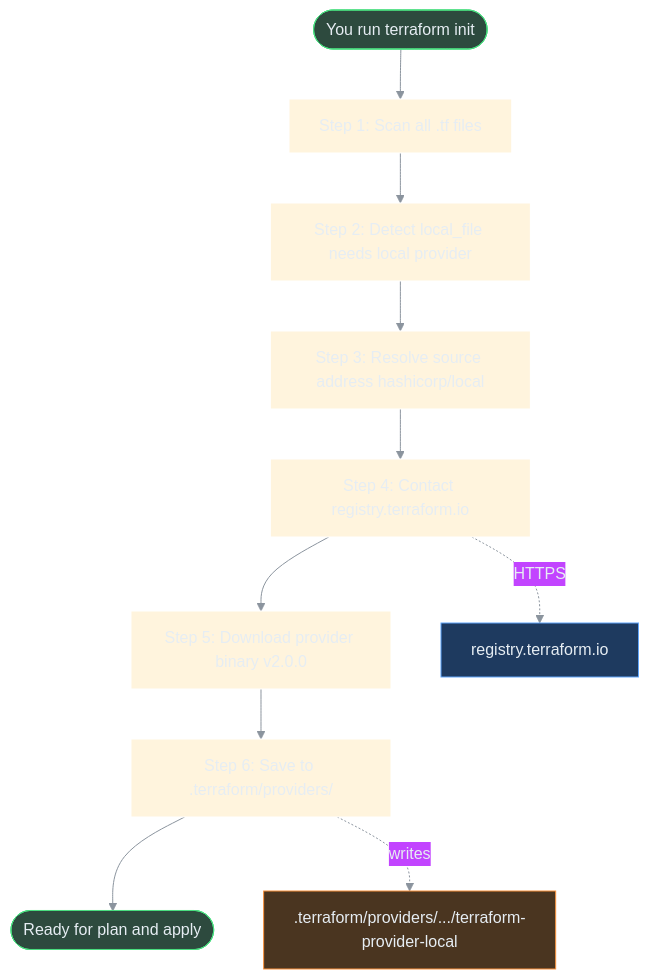
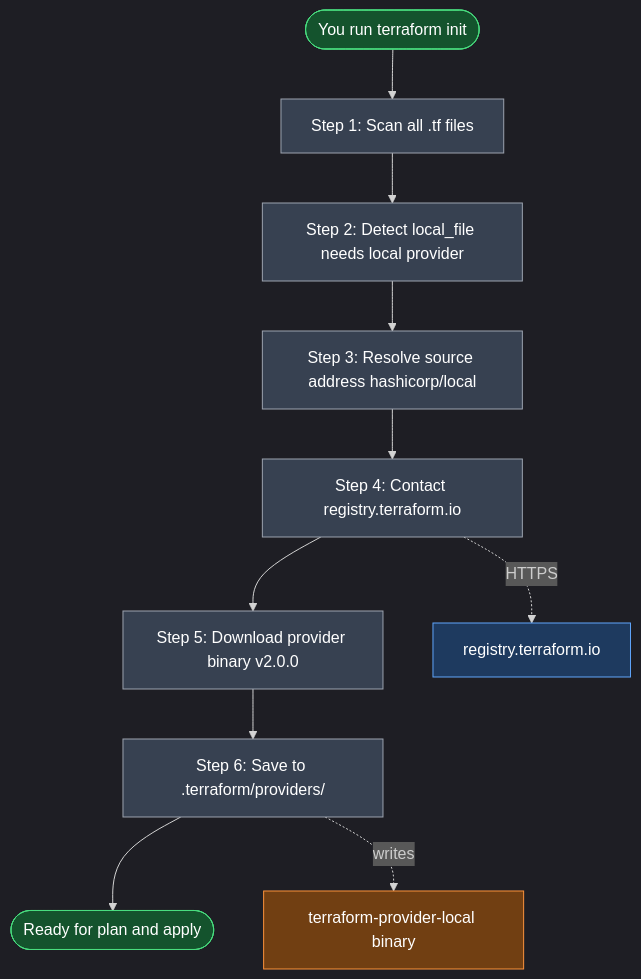
The third of 9 diagrams in 04_Core_Terraform_Basics/01_Terraform_Provider.md (nirajp82/Terraform_Basics), drawn with Mermaid before and after one commit. The commit also changed other lines of this file and 1 other file, not shown here.

Commit message:
Update Diagram

````diff
--- a/04_Core_Terraform_Basics/01_Terraform_Provider.md
+++ b/04_Core_Terraform_Basics/01_Terraform_Provider.md
@@ -74,21 +79,25 @@
 ```mermaid
-%%{init: {'theme': 'base', 'themeVariables': {'darkMode': true, 'background': 'transparent', 'primaryTextColor': '#e6edf3', 'lineColor': '#8b949e'}}}%%
+%%{init: {'theme': 'dark'}}%%
 flowchart TD
     START(["You run terraform init"]) --> S1["Step 1: Scan all .tf files"]
     S1 --> S2["Step 2: Detect local_file needs local provider"]
     S2 --> S3["Step 3: Resolve source address hashicorp/local"]
     S3 --> S4["Step 4: Contact registry.terraform.io"]
     S4 --> S5["Step 5: Download provider binary v2.0.0"]
     S5 --> S6["Step 6: Save to .terraform/providers/"]
     S6 --> DONE(["Ready for plan and apply"])
 
     S4 -.->|HTTPS| REG["registry.terraform.io"]
-    S6 -.->|writes| DISK[".terraform/providers/.../terraform-provider-local"]
+    S6 -.->|writes| DISK["terraform-provider-local binary"]
 
-    classDef success fill:#2d4a3e,stroke:#4ade80,color:#e6edf3
-    classDef info fill:#1e3a5f,stroke:#60a5fa,color:#e6edf3
-    classDef warn fill:#4a3520,stroke:#fb923c,color:#e6edf3
-    class START,DONE success
-    class REG info
-    class DISK warn
+    style START fill:#14532d,stroke:#4ade80,color:#ffffff
+    style S1 fill:#374151,stroke:#9ca3af,color:#ffffff
+    style S2 fill:#374151,stroke:#9ca3af,color:#ffffff
+    style S3 fill:#374151,stroke:#9ca3af,color:#ffffff
+    style S4 fill:#374151,stroke:#9ca3af,color:#ffffff
+    style S5 fill:#374151,stroke:#9ca3af,color:#ffffff
+    style S6 fill:#374151,stroke:#9ca3af,color:#ffffff
+    style DONE fill:#14532d,stroke:#4ade80,color:#ffffff
+    style REG fill:#1e3a5f,stroke:#60a5fa,color:#ffffff
+    style DISK fill:#713f12,stroke:#fb923c,color:#ffffff
 ```
````
